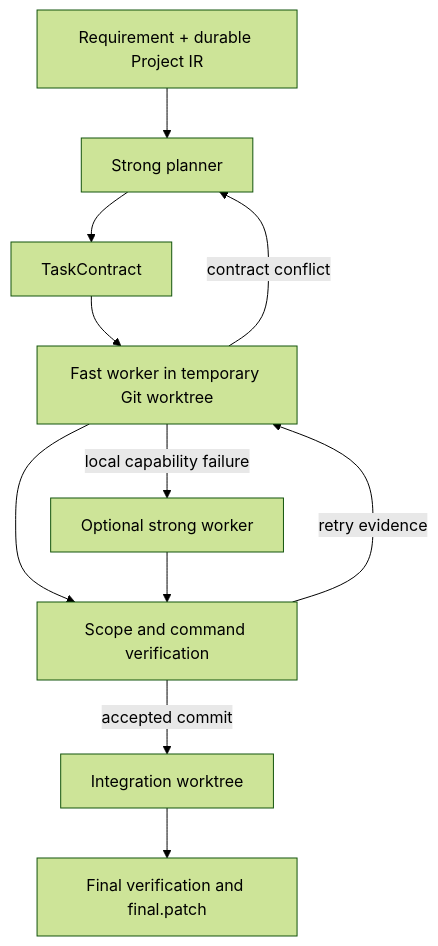
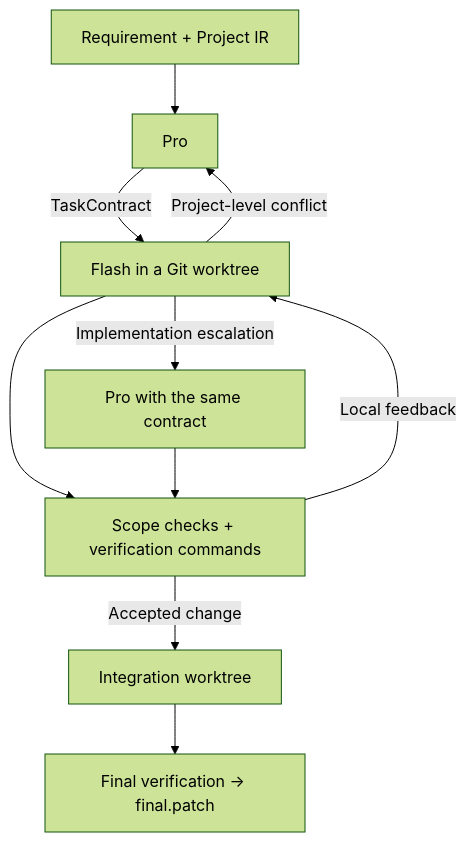
Before and after one commit to Muzhizyy/pi-coordination-harness: the diagram in README.md, drawn with Mermaid (forest theme). The commit also changed other lines of this file and 19 other files, not shown here.

````diff
--- a/README.md
+++ b/README.md
@@ -11,13 +86,12 @@
 ```mermaid
 flowchart TD
-  R[Requirement + durable Project IR] --> P[Strong planner]
-  P --> C[TaskContract]
-  C --> W[Fast worker in temporary Git worktree]
-  W --> V[Scope and command verification]
-  V -->|retry evidence| W
-  W -->|local capability failure| S[Optional strong worker]
-  S --> V
-  W -->|contract conflict| P
-  V -->|accepted commit| I[Integration worktree]
-  I --> F[Final verification and final.patch]
+    R[Requirement + Project IR] --> P[Pro]
+    P -->|TaskContract| F[Flash in a Git worktree]
+    F --> V[Scope checks + verification commands]
+    V -->|Local feedback| F
+    F -->|Project-level conflict| P
+    F -->|Implementation escalation| S[Pro with the same contract]
+    S --> V
+    V -->|Accepted change| I[Integration worktree]
+    I --> O[Final verification → final.patch]
 ```
````
